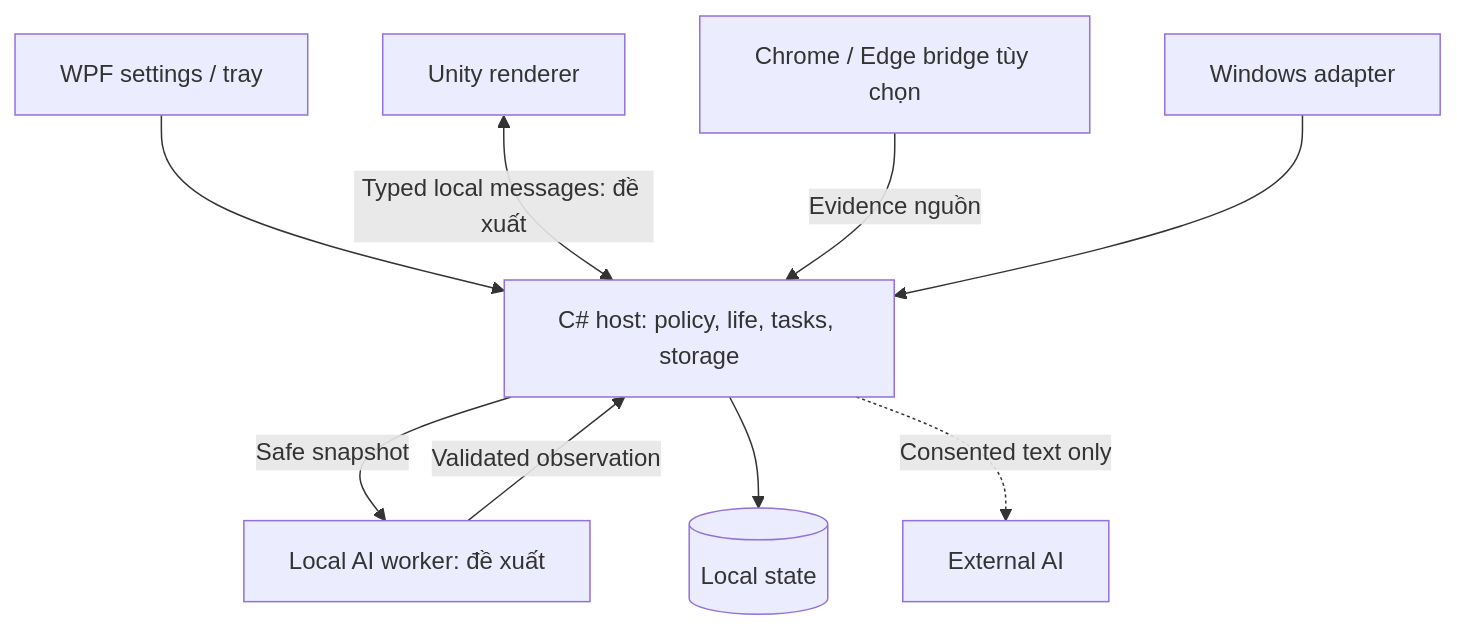
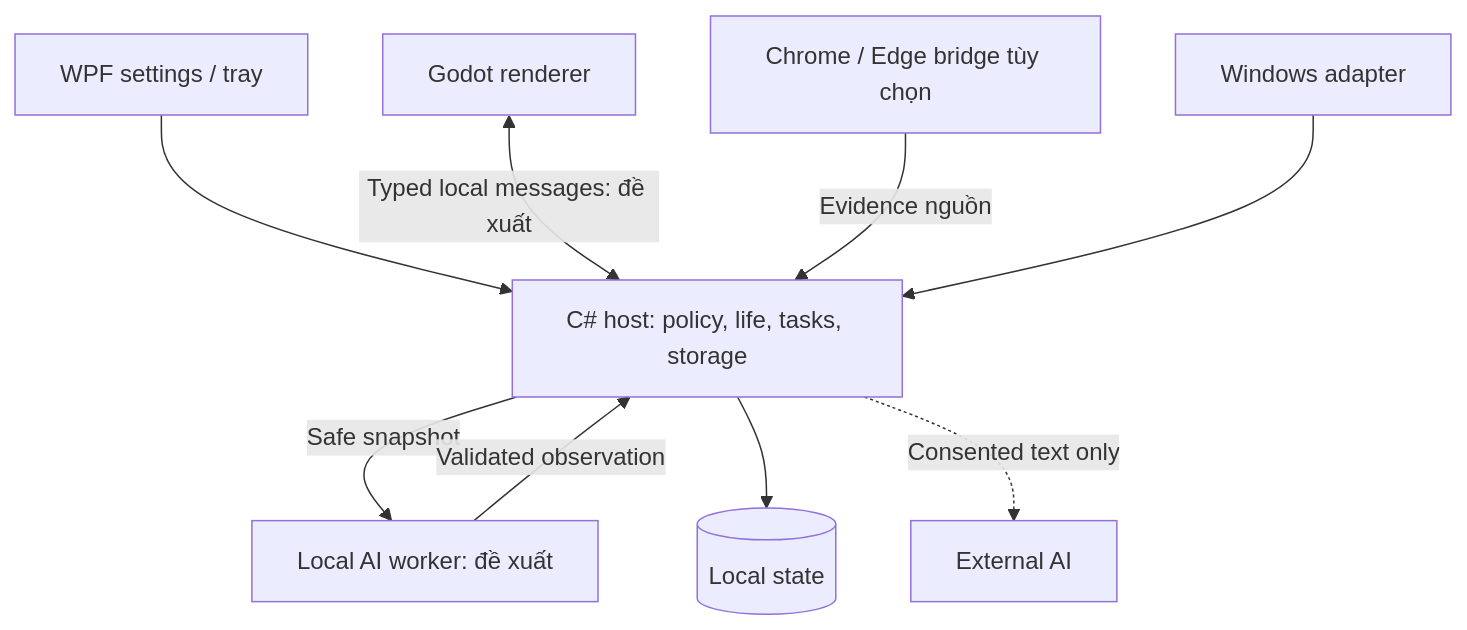
Before and after one commit to Play-with-me/NYUA: the second of 15 diagrams in docs/product/diagrams/ATLAS.md, drawn with Mermaid. The commit also changed other lines of this file and 65 other files, not shown here.

Commit message:
docs: migrate renderer documentation and registry from Unity to Godot Engine

````diff
--- a/docs/product/diagrams/ATLAS.md
+++ b/docs/product/diagrams/ATLAS.md
@@ -18,11 +18,11 @@
 ```mermaid
 flowchart TB
  WPF["WPF settings / tray"] --> Host["C# host: policy, life, tasks, storage"]
- Unity["Unity renderer"] <-->|"Typed local messages: đề xuất"| Host
+ Godot["Godot renderer"] <-->|"Typed local messages: đề xuất"| Host
  Browser["Chrome / Edge bridge tùy chọn"] -->|"Evidence nguồn"| Host
  Windows["Windows adapter"] --> Host
  Host -->|"Safe snapshot"| AI["Local AI worker: đề xuất"]
  AI -->|"Validated observation"| Host
  Host --> Store[("Local state")]
  Host -.->|"Consented text only"| External["External AI"]
 ```
````
